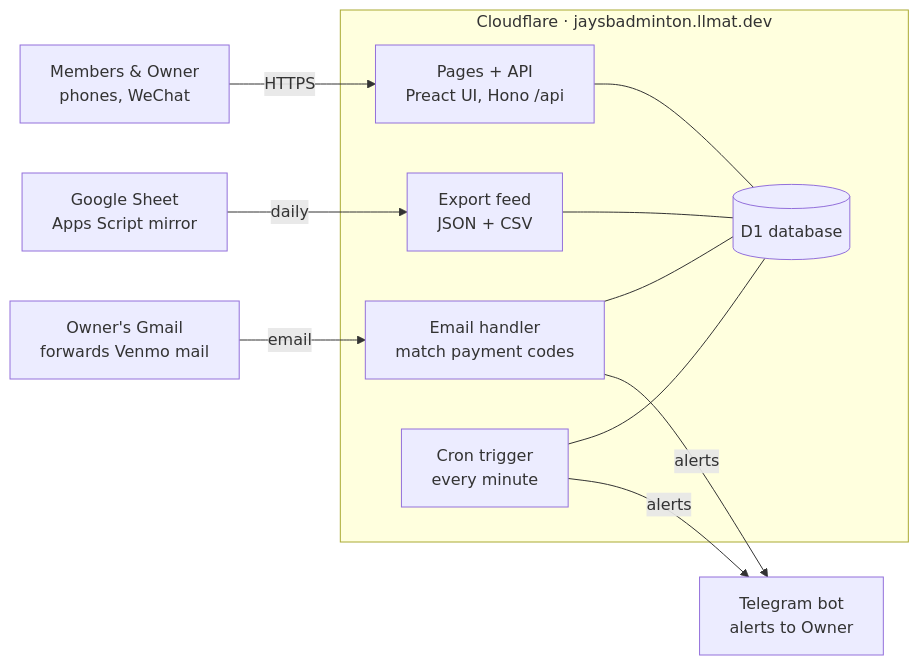
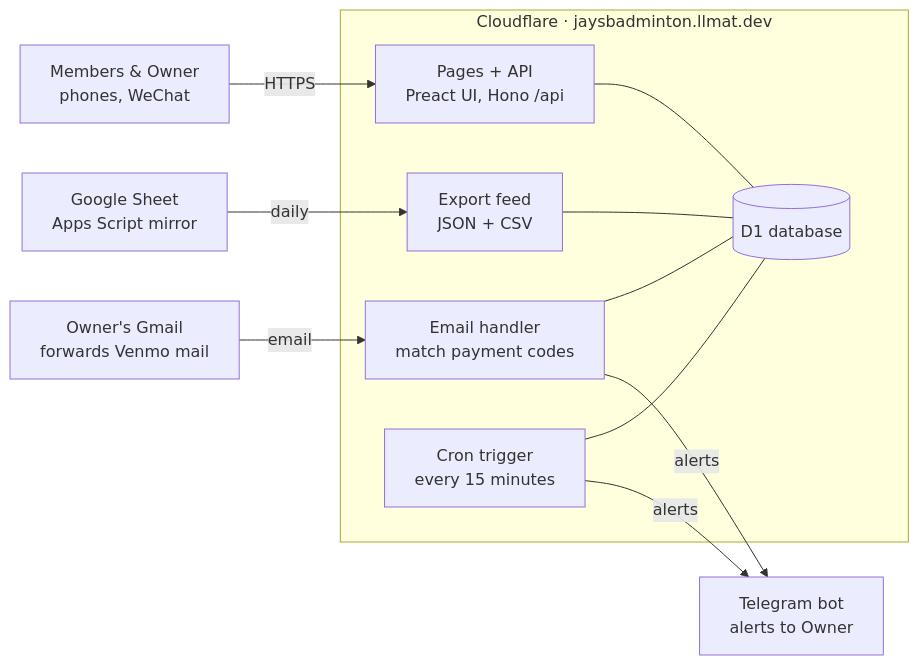
The first of 2 diagrams in docs/technical-design.md (likefudan/jaysbadminton), drawn with Mermaid before and after one commit. The commit also changed other lines of this file and 12 other files, not shown here.

````diff
--- a/docs/technical-design.md
+++ b/docs/technical-design.md
@@ -11,19 +11,19 @@
 ```mermaid
 flowchart LR
   P["Members & Owner<br/>phones, WeChat"] -- HTTPS --> API
   G["Owner's Gmail<br/>forwards Venmo mail"] -- email --> EM
   subgraph CF["Cloudflare · jaysbadminton.llmat.dev"]
     API["Pages + API<br/>Preact UI, Hono /api"]
     EM["Email handler<br/>match payment codes"]
     EX["Export feed<br/>JSON + CSV"]
-    CR["Cron trigger<br/>every minute"]
+    CR["Cron trigger<br/>every 15 minutes"]
     D1[("D1 database")]
     API --- D1
     EM --- D1
     EX --- D1
     CR --- D1
   end
   S["Google Sheet<br/>Apps Script mirror"] -- daily --> EX
   CR -- alerts --> T["Telegram bot<br/>alerts to Owner"]
   EM -- alerts --> T
 ```
````
